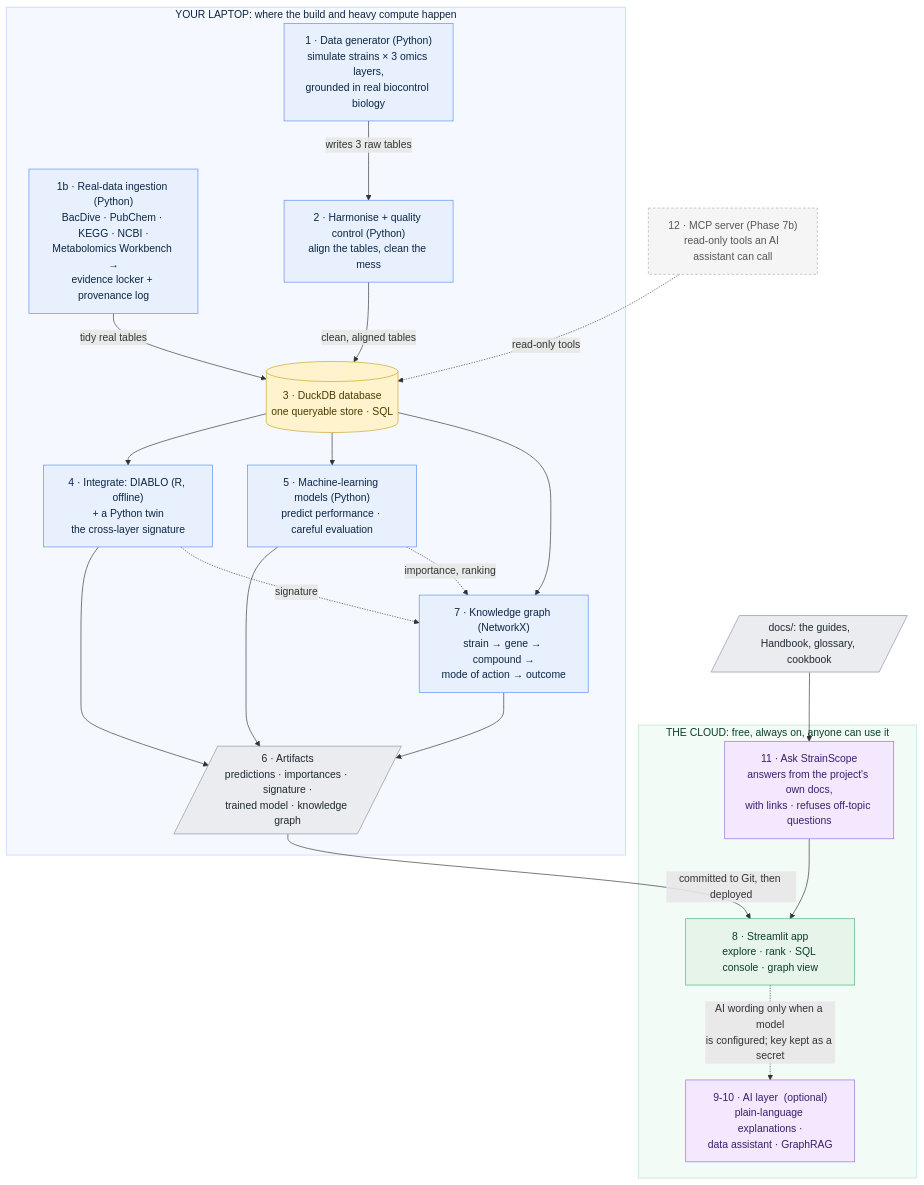
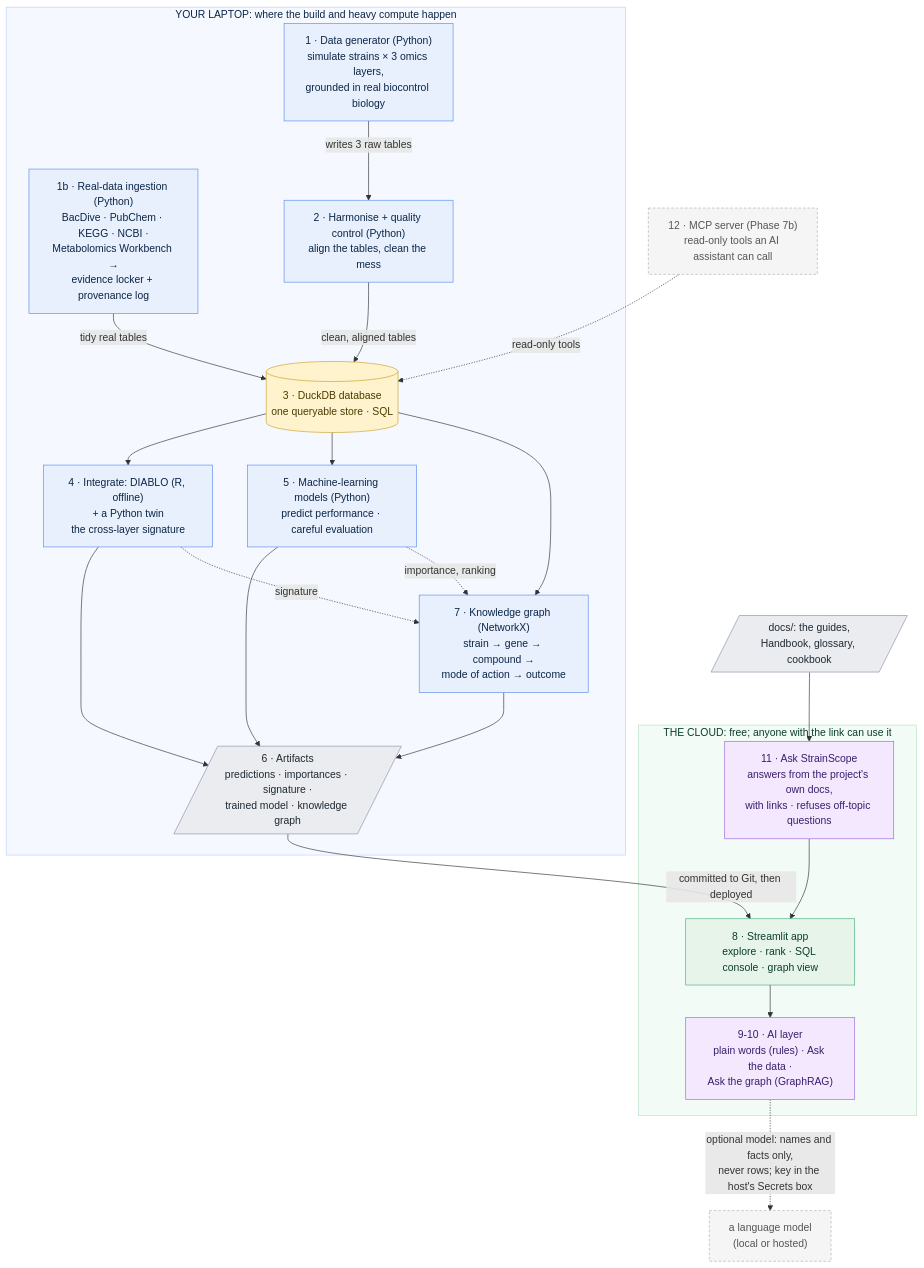
The diagram in docs/00-architecture.md (akannan2987/strainscope), drawn with Mermaid before and after one commit. The commit also changed other lines of this file and 84 other files, not shown here.

Commit message:
feat: add the online copy, plain-language explanations, Ask the data and Ask the graph

````diff
--- a/docs/00-architecture.md
+++ b/docs/00-architecture.md
@@ -64,53 +64,54 @@
 ```mermaid
 flowchart TD
     subgraph LAPTOP["YOUR LAPTOP: where the build and heavy compute happen"]
         A["1 · Data generator (Python)<br/>simulate strains × 3 omics layers,<br/>grounded in real biocontrol biology"]
         R["1b · Real-data ingestion (Python)<br/>BacDive · PubChem · KEGG · NCBI ·<br/>Metabolomics Workbench →<br/>evidence locker + provenance log"]
         B["2 · Harmonise + quality control (Python)<br/>align the tables, clean the mess"]
         C[("3 · DuckDB database<br/>one queryable store · SQL")]
         D["4 · Integrate: DIABLO (R, offline)<br/>+ a Python twin<br/>the cross-layer signature"]
         E["5 · Machine-learning models (Python)<br/>predict performance · careful evaluation"]
         F["7 · Knowledge graph (NetworkX)<br/>strain → gene → compound →<br/>mode of action → outcome"]
         G[/"6 · Artifacts<br/>predictions · importances · signature ·<br/>trained model · knowledge graph"/]
     end
-    subgraph CLOUD["THE CLOUD: free, always on, anyone can use it"]
+    subgraph CLOUD["THE CLOUD: free; anyone with the link can use it"]
         H["8 · Streamlit app<br/>explore · rank · SQL console · graph view"]
-        I["9-10 · AI layer  (optional)<br/>plain-language explanations ·<br/>data assistant · GraphRAG"]
+        I["9-10 · AI layer<br/>plain words (rules) · Ask the data ·<br/>Ask the graph (GraphRAG)"]
         Q["11 · Ask StrainScope<br/>answers from the project's own docs,<br/>with links · refuses off-topic questions"]
     end
     M["12 · MCP server (Phase 7b)<br/>read-only tools an AI assistant can call"]
     DOCS[/"docs/: the guides,<br/>Handbook, glossary, cookbook"/]
 
     A -->|writes 3 raw tables| B
     R -->|tidy real tables| C
     B -->|clean, aligned tables| C
     C --> D
     C --> E
     C --> F
     D --> G
     E --> G
     D -.->|signature| F
     E -.->|importance, ranking| F
     F --> G
     G -->|committed to Git, then deployed| H
-    H -.->|AI wording only when a model<br/>is configured; key kept as a secret| I
+    H --> I
+    I -.->|"optional model: names and facts only,<br/>never rows; key in the host's Secrets box"| LLM["a language model<br/>(local or hosted)"]
     DOCS --> Q
     Q --> H
     M -.->|read-only tools| C
 
     classDef laptop fill:#E8F0FE,stroke:#5B8DEF,color:#0B2545;
     classDef store fill:#FFF3CD,stroke:#C9A227,color:#4A3B00;
     classDef artifact fill:#EAECEF,stroke:#8A94A6,color:#1F2933;
     classDef cloud fill:#E6F4EA,stroke:#4CAF7D,color:#0B3D2E;
     classDef ai fill:#F3E8FD,stroke:#9C6ADE,color:#3A1D6E;
     classDef roadmap fill:#F5F5F5,stroke:#B0B0B0,color:#555555,stroke-dasharray:4 3;
     class A,B,D,E,F,R laptop
     class C store
     class G artifact
     class H cloud
     class I,Q ai
     class DOCS artifact
-    class M roadmap
+    class M,LLM roadmap
     style LAPTOP fill:#F5F9FF,stroke:#B9D2FF,color:#0B2545
     style CLOUD fill:#F2FBF5,stroke:#B7E4C7,color:#0B3D2E
 ```
````
